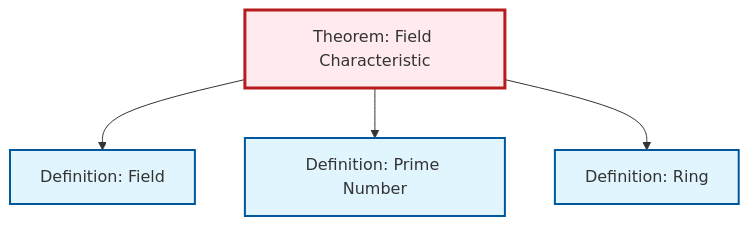
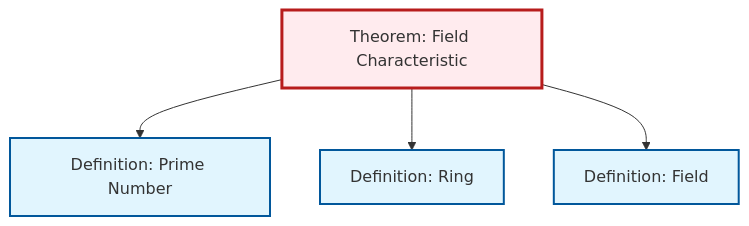
Before and after one commit to RK0429/ModernMath: the diagram in content/en/algebra/thm-field-characteristic.qmd, drawn with Mermaid. The commit also changed other lines of this file and 531 other files, not shown here.

````diff
--- a/content/en/algebra/thm-field-characteristic.qmd
+++ b/content/en/algebra/thm-field-characteristic.qmd
@@ -53,20 +53,20 @@
 ```{mermaid}
 %%| fig-cap: "Local dependency graph"
 graph TD
     classDef definition fill:#e1f5fe,stroke:#01579b,stroke-width:2px
     classDef theorem fill:#f3e5f5,stroke:#4a148c,stroke-width:2px
     classDef axiom fill:#fff3e0,stroke:#e65100,stroke-width:2px
     classDef example fill:#e8f5e9,stroke:#1b5e20,stroke-width:2px
     classDef current fill:#ffebee,stroke:#b71c1c,stroke-width:3px
+    def-ring["Definition: Ring"]:::definition
+    thm-field-characteristic["Theorem: Field Characteristic"]:::theorem
     def-prime["Definition: Prime Number"]:::definition
     def-field["Definition: Field"]:::definition
-    def-ring["Definition: Ring"]:::definition
-    thm-field-characteristic["Theorem: Field Characteristic"]:::theorem
-    thm-field-characteristic --> def-field
     thm-field-characteristic --> def-prime
     thm-field-characteristic --> def-ring
+    thm-field-characteristic --> def-field
     class thm-field-characteristic current
+    click def-ring "def-ring.html" "Go to Ring definition"
     click def-prime "def-prime.html" "Go to Prime Number definition"
     click def-field "def-field.html" "Go to Field definition"
-    click def-ring "def-ring.html" "Go to Ring definition"
 ```
````
